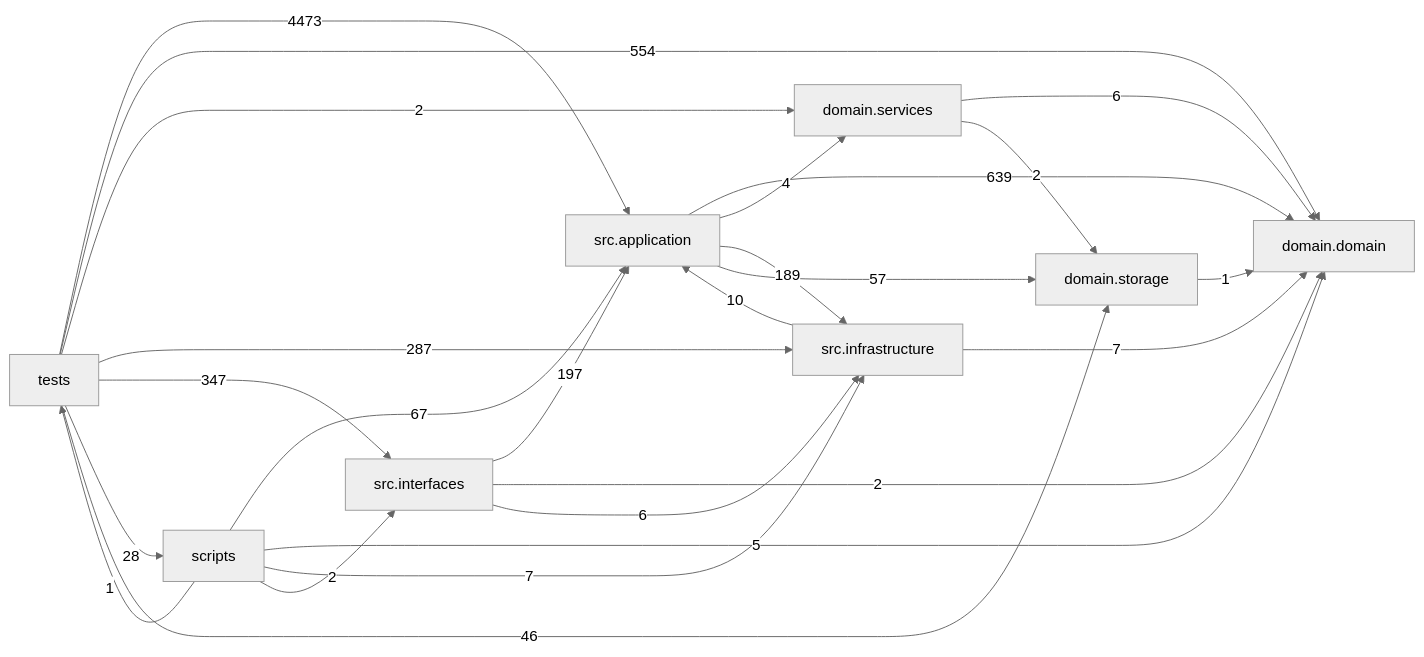
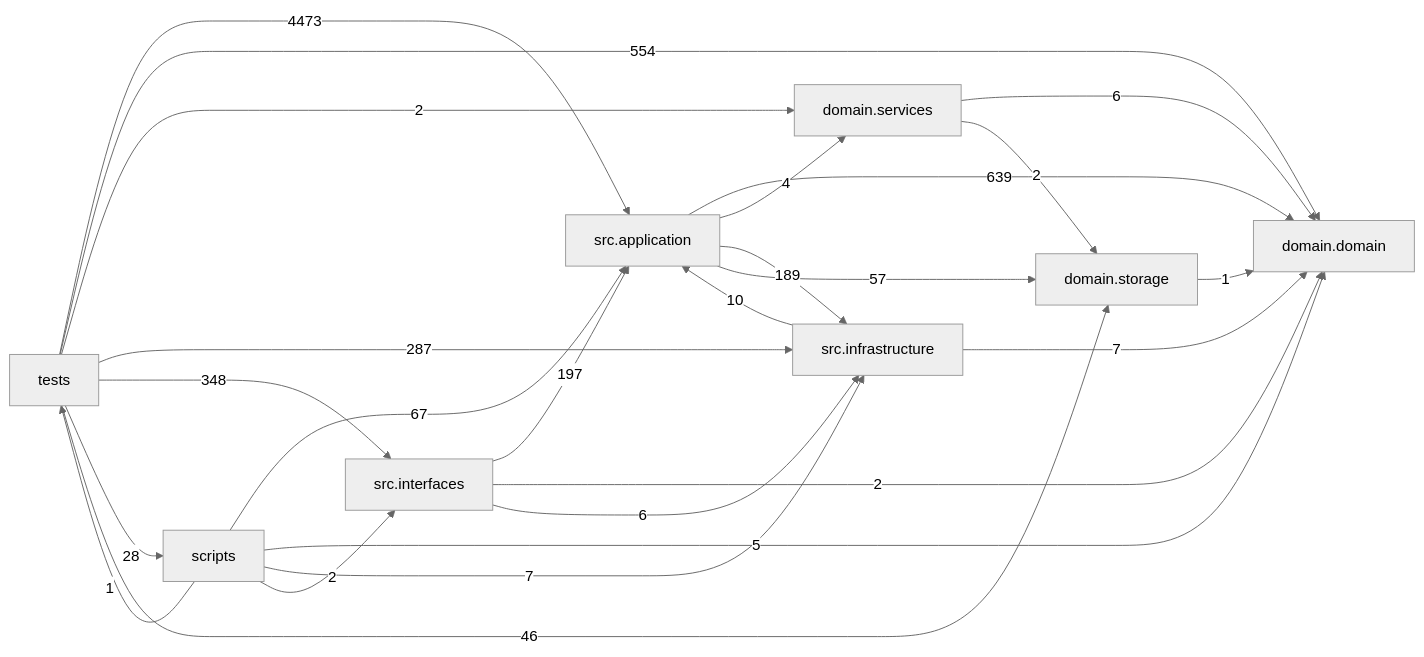
One commit to liuxie066/options-monitor changed the diagram in docs/DEPENDENCY_GRAPH.md. Above: the diagram before and after it, drawn with Mermaid (neutral theme). The commit also changed other lines of this file, not shown here.

````diff
--- a/docs/DEPENDENCY_GRAPH.md
+++ b/docs/DEPENDENCY_GRAPH.md
@@ -24,35 +24,35 @@
 ```mermaid
 flowchart LR
   tests["tests"]
   scripts["scripts"]
   interfaces["src.interfaces"]
   application["src.application"]
   infrastructure["src.infrastructure"]
   domain_services["domain.services"]
   domain["domain.domain"]
   storage["domain.storage"]
   application -->|639| domain
   application -->|4| domain_services
   application -->|189| infrastructure
   application -->|57| storage
   domain_services -->|6| domain
   domain_services -->|2| storage
   infrastructure -->|10| application
   infrastructure -->|7| domain
   interfaces -->|197| application
   interfaces -->|2| domain
   interfaces -->|6| infrastructure
   scripts -->|67| application
   scripts -->|5| domain
   scripts -->|7| infrastructure
   scripts -->|2| interfaces
   scripts -->|1| tests
   storage -->|1| domain
   tests -->|4473| application
   tests -->|554| domain
   tests -->|2| domain_services
   tests -->|287| infrastructure
-  tests -->|347| interfaces
+  tests -->|348| interfaces
   tests -->|28| scripts
   tests -->|46| storage
 ```
````
